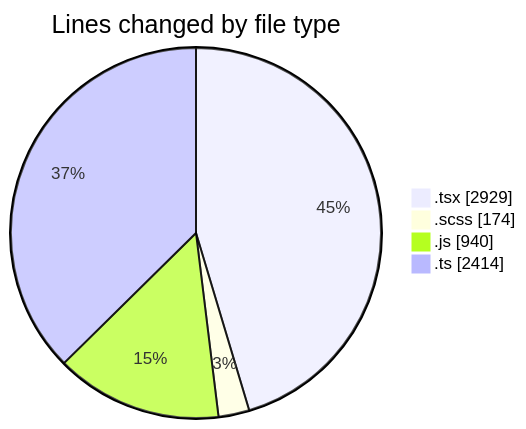
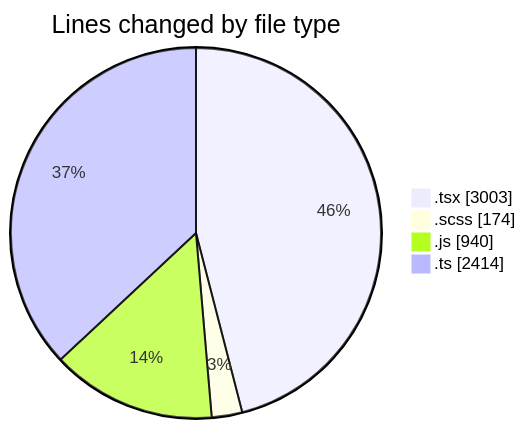
Before and after one commit to momahboobian/code-tracking: the first of 2 diagrams in 2026-07-15/cda/README.md, drawn with Mermaid. The commit also changed other lines of this file and 1 other file, not shown here.

````diff
--- a/2026-07-15/cda/README.md
+++ b/2026-07-15/cda/README.md
@@ -51,8 +51,8 @@
 ```mermaid
 pie showData
 title Lines changed by file type
-".tsx" : 2929
+".tsx" : 3003
 ".scss" : 174
 ".js" : 940
 ".ts" : 2414
 ```
````
